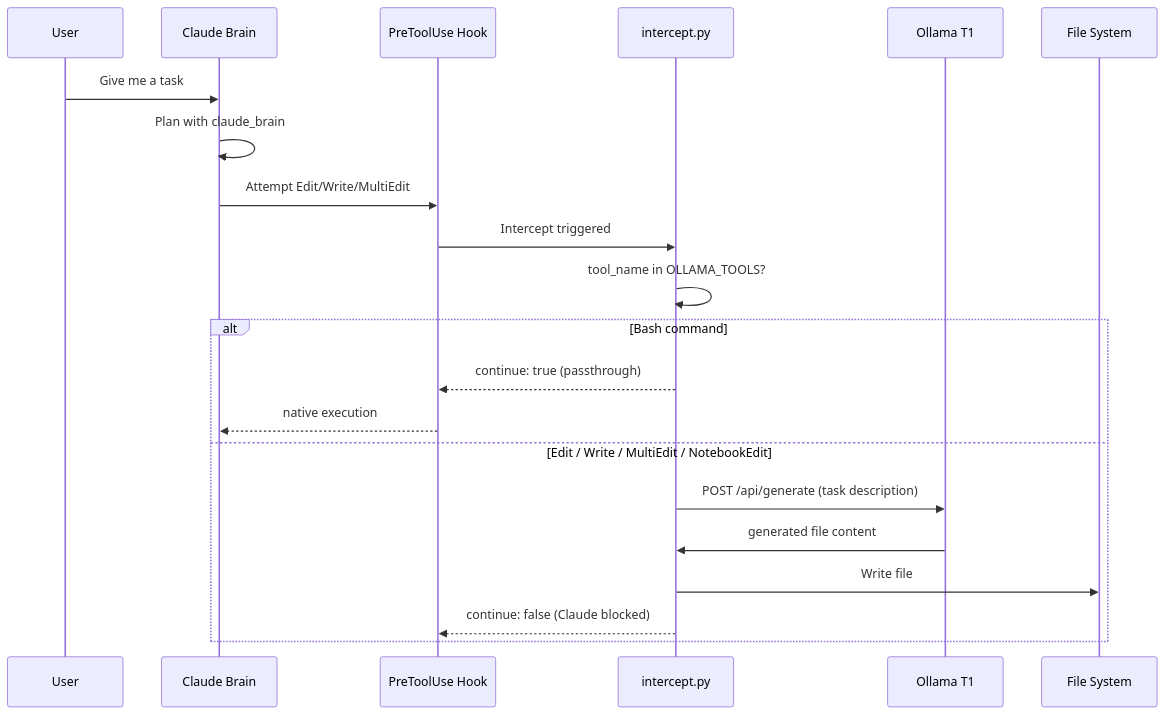
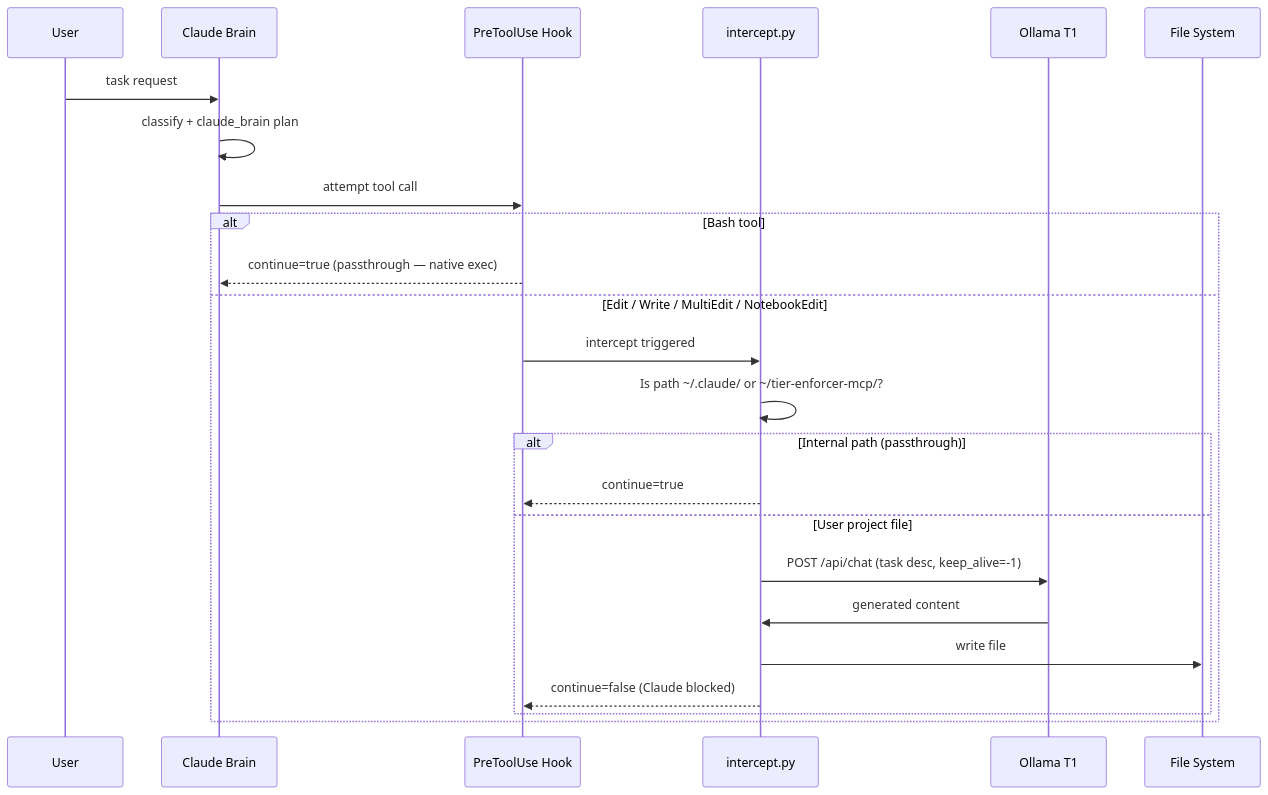
The fifth of 8 diagrams in ARCHITECTURE.md (dineshsrivastava07-cell/Claude-Tier-MacMini), drawn with Mermaid before and after one commit. The commit also changed other lines of this file and 7 other files, not shown here.

````diff
--- a/ARCHITECTURE.md
+++ b/ARCHITECTURE.md
@@ -126,26 +179,28 @@
 ```mermaid
 sequenceDiagram
     participant U as User
     participant C as Claude Brain
     participant H as PreToolUse Hook
     participant I as intercept.py
     participant O as Ollama T1
     participant FS as File System
 
-    U->>C: Give me a task
-    C->>C: Plan with claude_brain
-    C->>H: Attempt Edit/Write/MultiEdit
+    U->>C: task request
+    C->>C: classify + claude_brain plan
+    C->>H: attempt tool call
 
-    H->>I: Intercept triggered
-    I->>I: tool_name in OLLAMA_TOOLS?
-
-    alt Bash command
-        I-->>H: continue: true (passthrough)
-        H-->>C: native execution
+    alt Bash tool
+        H-->>C: continue=true  (passthrough — native exec)
     else Edit / Write / MultiEdit / NotebookEdit
-        I->>O: POST /api/generate (task description)
-        O->>I: generated file content
-        I->>FS: Write file
-        I-->>H: continue: false (Claude blocked)
+        H->>I: intercept triggered
+        I->>I: Is path ~/.claude/ or ~/tier-enforcer-mcp/?
+        alt Internal path (passthrough)
+            I-->>H: continue=true
+        else User project file
+            I->>O: POST /api/chat (task desc, keep_alive=-1)
+            O->>I: generated content
+            I->>FS: write file
+            I-->>H: continue=false  (Claude blocked)
+        end
     end
 ```
````
